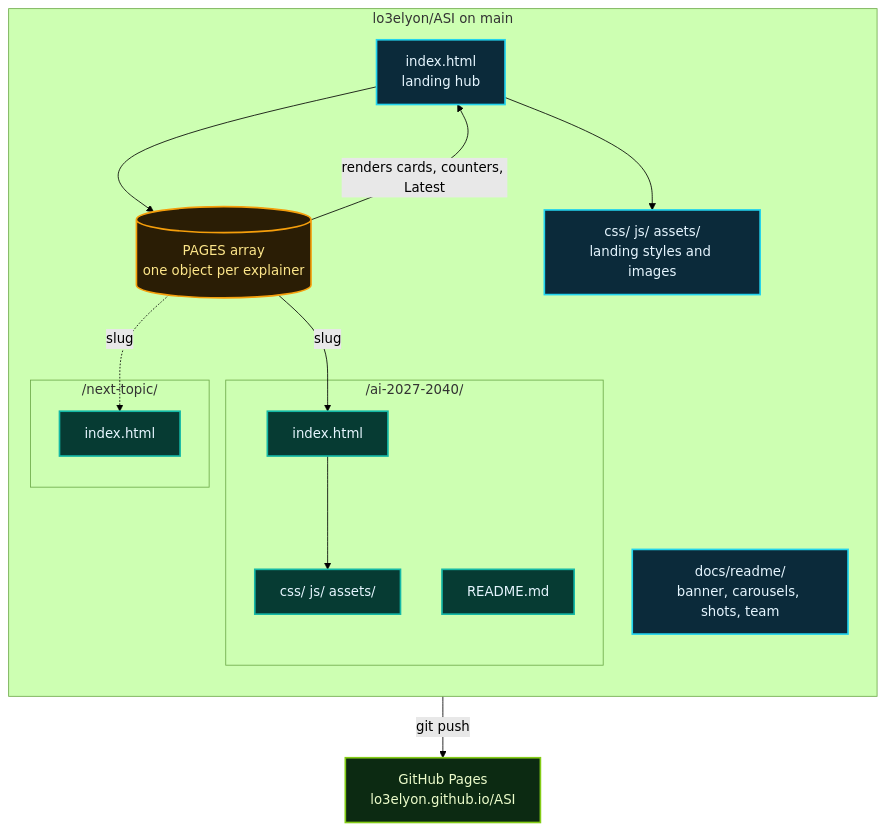
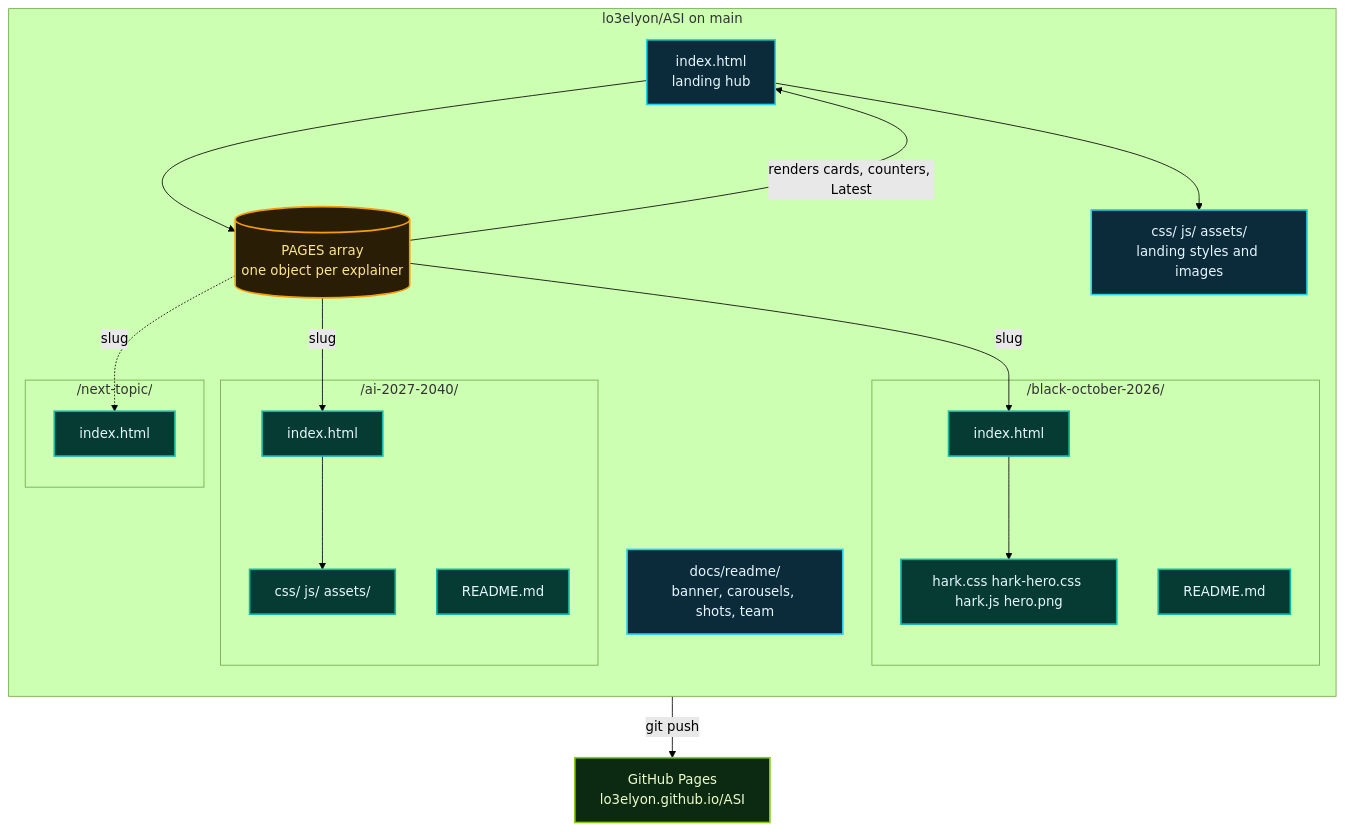
The sixth of 8 diagrams in README.md (lo3elyon/ASI), drawn with Mermaid (forest theme) before and after one commit. The commit also changed other lines of this file, not shown here.

Commit message:
README: document Black October 2026 explainer (routes, deep dive, videos, architecture, sources)

````diff
--- a/README.md
+++ b/README.md
@@ -384,33 +494,40 @@
 ```mermaid
 flowchart TB
     subgraph REPO["lo3elyon/ASI on main"]
         direction TB
         ROOT["index.html<br/>landing hub"]
         PAGES[("PAGES array<br/>one object per explainer")]
         RA["css/ js/ assets/<br/>landing styles and images"]
         subgraph R1["/ai-2027-2040/"]
             I1["index.html"]
             A1["css/ js/ assets/"]
             RM1["README.md"]
         end
+        subgraph R2["/black-october-2026/"]
+            I2["index.html"]
+            A2["hark.css hark-hero.css hark.js hero.png"]
+            RM2["README.md"]
+        end
         subgraph RN["/next-topic/"]
             IN["index.html"]
         end
         DOCS["docs/readme/<br/>banner, carousels, shots, team"]
     end
     ROOT --> PAGES
     PAGES -->|"renders cards, counters, Latest"| ROOT
     ROOT --> RA
     PAGES -->|"slug"| I1
+    PAGES -->|"slug"| I2
+    I2 --> A2
     PAGES -.->|"slug"| IN
     I1 --> A1
     REPO -->|"git push"| GH["GitHub Pages<br/>lo3elyon.github.io/ASI"]
     classDef hub fill:#0b2a3a,stroke:#22d3ee,stroke-width:2px,color:#e6f6ff
     classDef data fill:#2a1d05,stroke:#f59e0b,stroke-width:2px,color:#fde68a
     classDef page fill:#063b33,stroke:#14b8a6,stroke-width:2px,color:#e6f6ff
     classDef deploy fill:#0c2a12,stroke:#84cc16,stroke-width:2px,color:#ecfccb
     class ROOT,RA,DOCS hub
     class PAGES data
-    class I1,A1,RM1,IN page
+    class I1,A1,RM1,I2,A2,RM2,IN page
     class GH deploy
 ```
````
